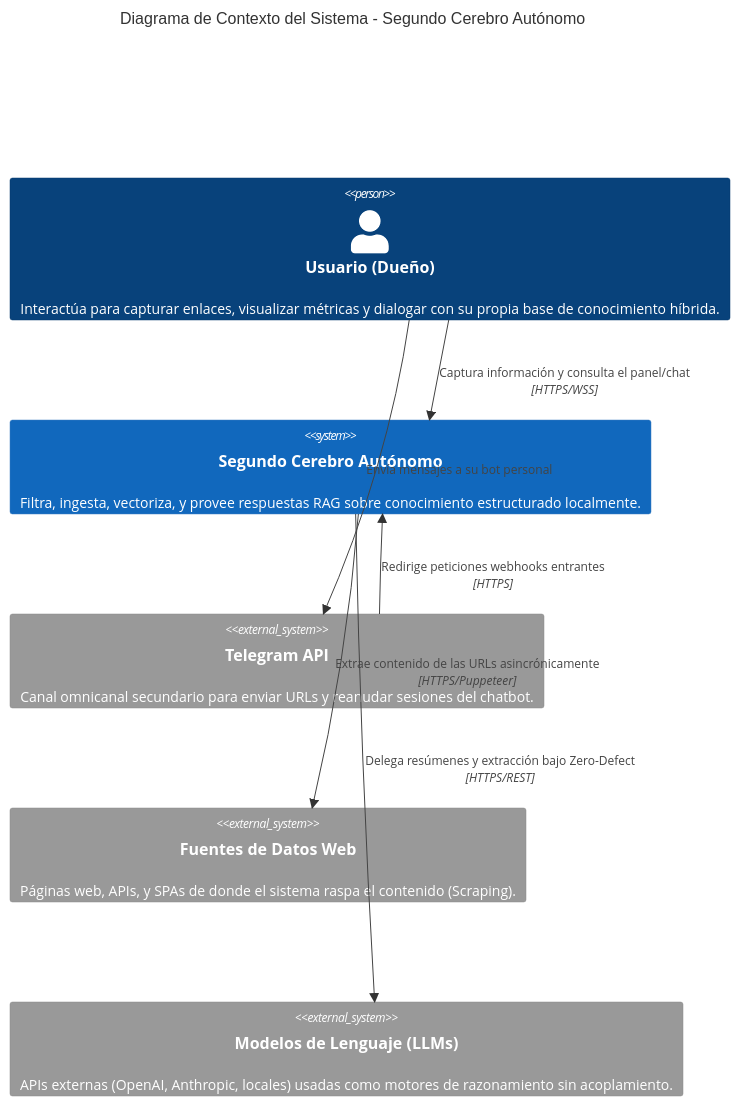
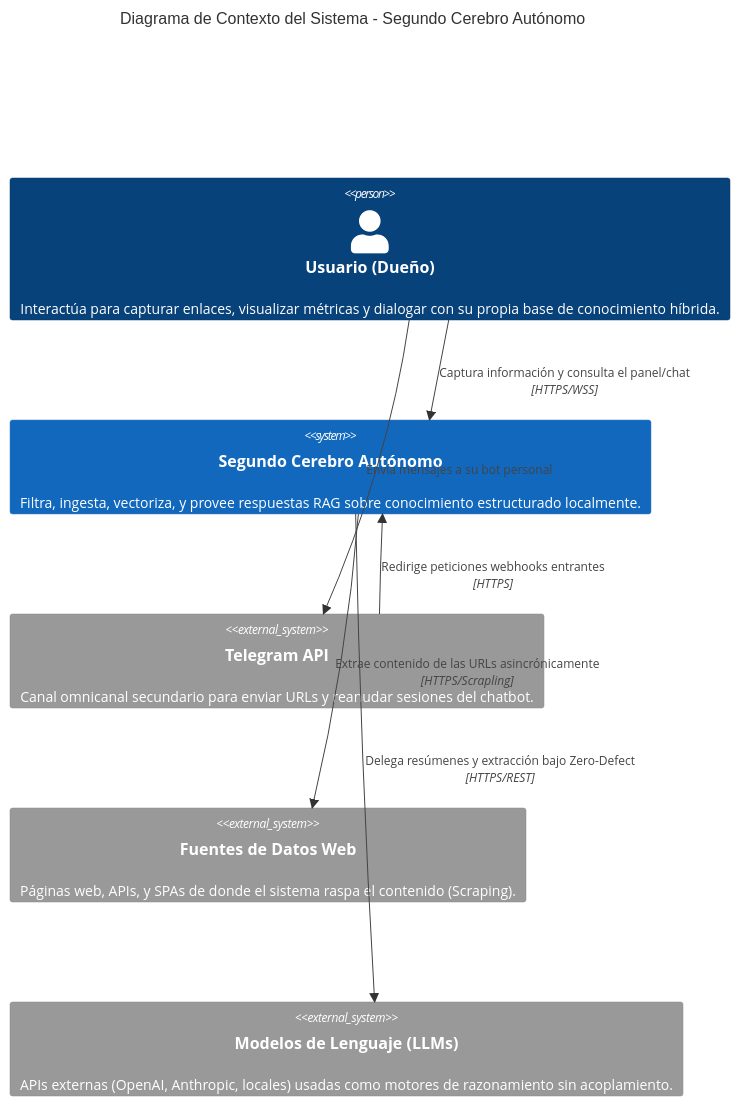
One commit to sylfG/linkanvil changed the first of 3 diagrams in docs/src/3_c4_diagrams.md. Above: the diagram before and after it, drawn with Mermaid. The commit also changed 9 other files, not shown here.

````diff
--- a/docs/src/3_c4_diagrams.md
+++ b/docs/src/3_c4_diagrams.md
@@ -10,18 +10,18 @@
 ```mermaid
 C4Context
     title Diagrama de Contexto del Sistema - Segundo Cerebro Autónomo
     
     Person(usuario, "Usuario (Dueño)", "Interactúa para capturar enlaces, visualizar métricas y dialogar con su propia base de conocimiento híbrida.")
     
     System(cerebro, "Segundo Cerebro Autónomo", "Filtra, ingesta, vectoriza, y provee respuestas RAG sobre conocimiento estructurado localmente.")
     
     System_Ext(telegram, "Telegram API", "Canal omnicanal secundario para enviar URLs y reanudar sesiones del chatbot.")
     System_Ext(fuentes, "Fuentes de Datos Web", "Páginas web, APIs, y SPAs de donde el sistema raspa el contenido (Scraping).")
     System_Ext(llms, "Modelos de Lenguaje (LLMs)", "APIs externas (OpenAI, Anthropic, locales) usadas como motores de razonamiento sin acoplamiento.")
     
     Rel(usuario, cerebro, "Captura información y consulta el panel/chat", "HTTPS/WSS")
     Rel(usuario, telegram, "Envía mensajes a su bot personal")
     Rel(telegram, cerebro, "Redirige peticiones webhooks entrantes", "HTTPS")
-    Rel(cerebro, fuentes, "Extrae contenido de las URLs asincrónicamente", "HTTPS/Puppeteer")
+    Rel(cerebro, fuentes, "Extrae contenido de las URLs asincrónicamente", "HTTPS/Scrapling")
     Rel(cerebro, llms, "Delega resúmenes y extracción bajo Zero-Defect", "HTTPS/REST")
 ```
````
